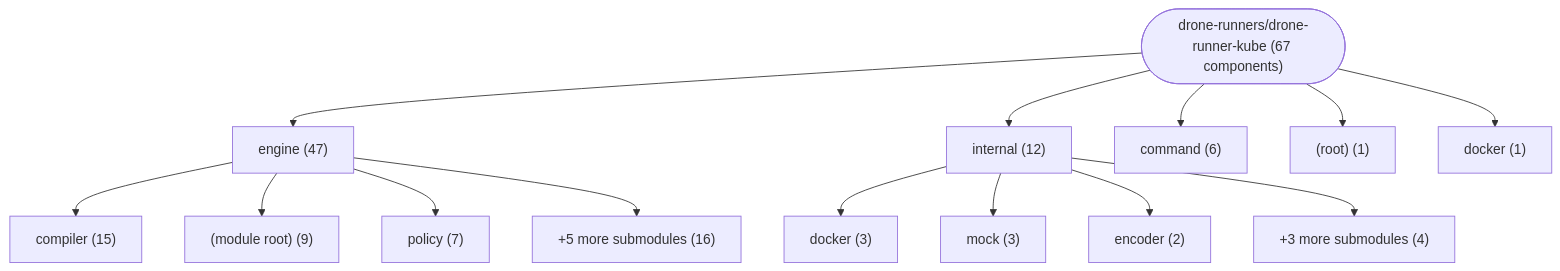
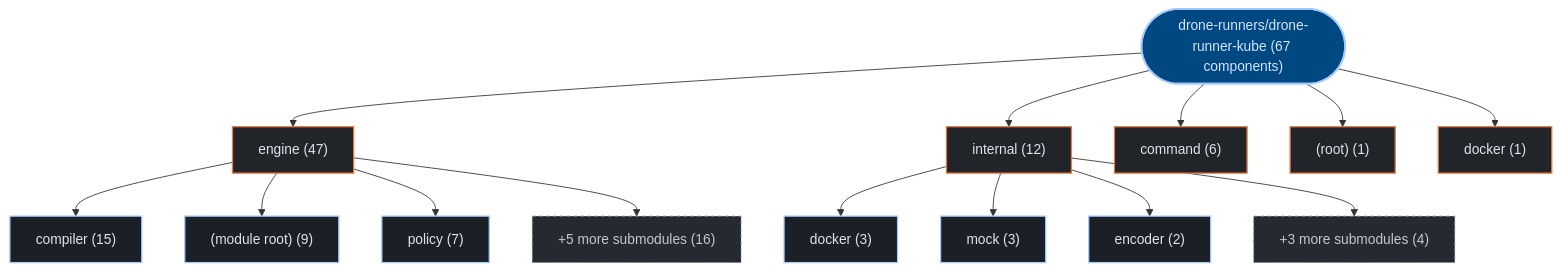
The first of 3 diagrams in exports/latest/reports/drone-runners-drone-runner-kube-report.md (kumarshaz/atruss-code-atlas), drawn with Mermaid before and after one commit. The commit also changed other lines of this file and 331 other files, not shown here.

Commit message:
docs,ui,fix: update SDLC docs, reorder CI/CD DAG first, stylize Mermaid, and fix Arc42 pipeline topology

````diff
--- a/exports/latest/reports/drone-runners-drone-runner-kube-report.md
+++ b/exports/latest/reports/drone-runners-drone-runner-kube-report.md
@@ -42,30 +42,37 @@
 ```mermaid
 graph TD;
-    repo_root(["drone-runners/drone-runner-kube (67 components)"])
-    dir_0_engine["engine (47)"]
+  classDef atlasRoot fill:#004882,stroke:#a3c9ff,stroke-width:2px,color:#d3e4ff
+  classDef atlasCategory fill:#212428,stroke:#E87A48,stroke-width:1.5px,color:#dfe3eb
+  classDef atlasWorkflow fill:#1b2026,stroke:#a3c9ff,stroke-width:1.5px,color:#dfe3eb
+  classDef atlasJob fill:#171c22,stroke:#8d9199,stroke-width:1px,color:#dfe3eb
+  classDef atlasTarget fill:#005227,stroke:#8bd99b,stroke-width:1.5px,color:#a7f6b6
+  classDef atlasAlert fill:#93000a,stroke:#ffb4ab,stroke-width:1.5px,color:#ffdad6
+  classDef atlasMore fill:#252a31,stroke:#8d9199,stroke-dasharray:4 4,color:#c3c6cf
+    repo_root(["drone-runners/drone-runner-kube (67 components)"]):::atlasRoot
+    dir_0_engine["engine (47)"]:::atlasCategory
     repo_root --> dir_0_engine
-    sub_0_0_compiler["compiler (15)"]
+    sub_0_0_compiler["compiler (15)"]:::atlasWorkflow
     dir_0_engine --> sub_0_0_compiler
-    sub_0_1__module_root_["(module root) (9)"]
+    sub_0_1__module_root_["(module root) (9)"]:::atlasWorkflow
     dir_0_engine --> sub_0_1__module_root_
-    sub_0_2_policy["policy (7)"]
+    sub_0_2_policy["policy (7)"]:::atlasWorkflow
     dir_0_engine --> sub_0_2_policy
-    sub_0_more["+5 more submodules (16)"]
+    sub_0_more["+5 more submodules (16)"]:::atlasMore
     dir_0_engine --> sub_0_more
-    dir_1_internal["internal (12)"]
+    dir_1_internal["internal (12)"]:::atlasCategory
     repo_root --> dir_1_internal
-    sub_1_0_docker["docker (3)"]
+    sub_1_0_docker["docker (3)"]:::atlasWorkflow
     dir_1_internal --> sub_1_0_docker
-    sub_1_1_mock["mock (3)"]
+    sub_1_1_mock["mock (3)"]:::atlasWorkflow
     dir_1_internal --> sub_1_1_mock
-    sub_1_2_encoder["encoder (2)"]
+    sub_1_2_encoder["encoder (2)"]:::atlasWorkflow
     dir_1_internal --> sub_1_2_encoder
-    sub_1_more["+3 more submodules (4)"]
+    sub_1_more["+3 more submodules (4)"]:::atlasMore
     dir_1_internal --> sub_1_more
-    dir_2_command["command (6)"]
+    dir_2_command["command (6)"]:::atlasCategory
     repo_root --> dir_2_command
-    dir_3__root_["(root) (1)"]
+    dir_3__root_["(root) (1)"]:::atlasCategory
     repo_root --> dir_3__root_
-    dir_4_docker["docker (1)"]
+    dir_4_docker["docker (1)"]:::atlasCategory
     repo_root --> dir_4_docker
 ```
````
